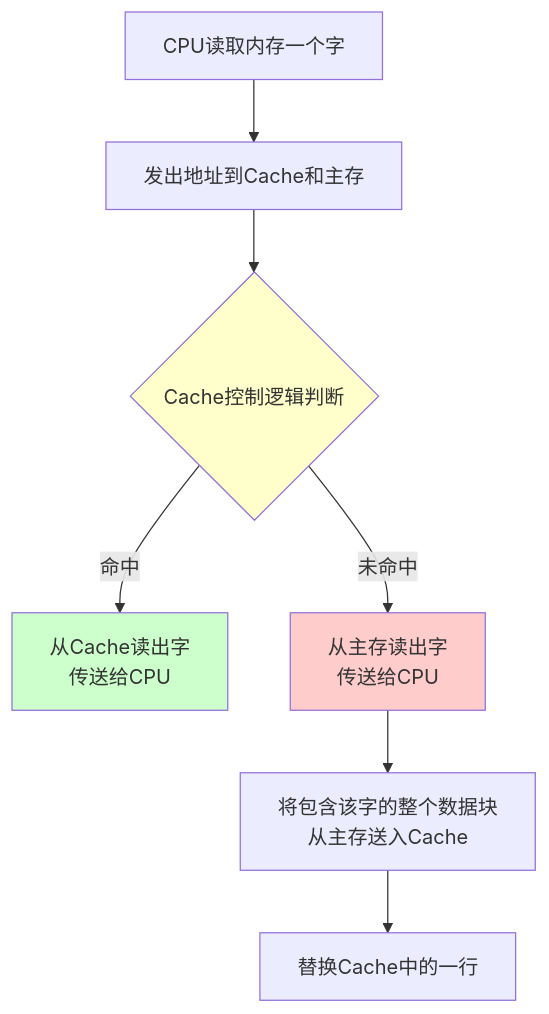
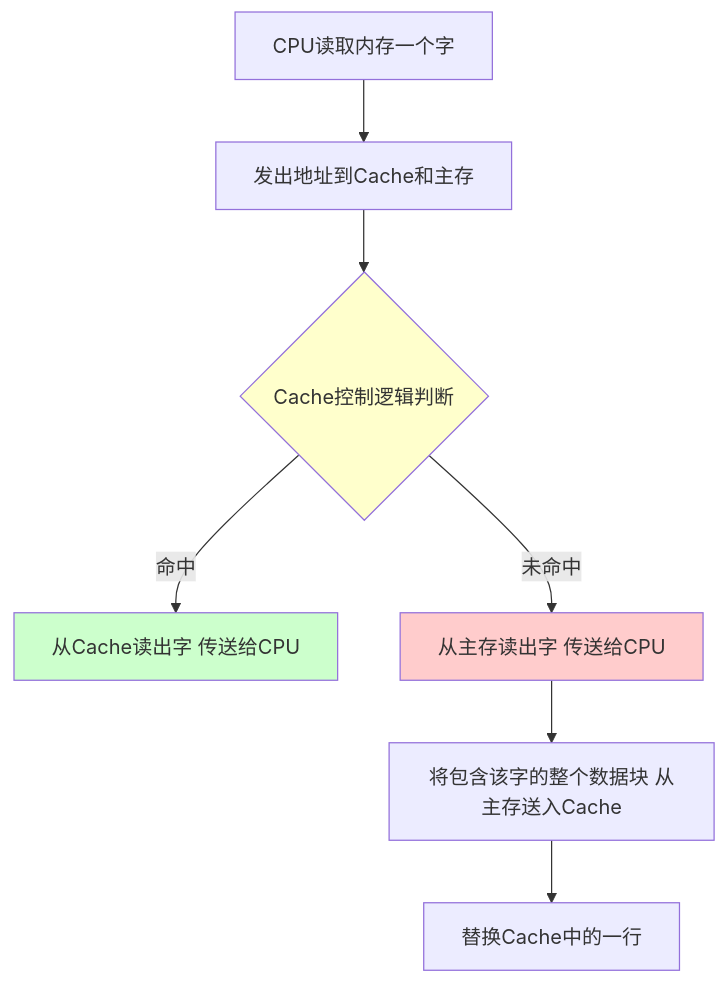
The second of 6 diagrams in 计算机组成原理/notes/章节笔记/第3章-存储系统/第3章-3.6-高速缓冲存储器.md (gilismael826-lgtm/course), drawn with Mermaid before and after one commit. The commit also changed other lines of this file and 28 other files, not shown here.

````diff
--- a/计算机组成原理/notes/章节笔记/第3章-存储系统/第3章-3.6-高速缓冲存储器.md
+++ b/计算机组成原理/notes/章节笔记/第3章-存储系统/第3章-3.6-高速缓冲存储器.md
@@ -65,13 +71,13 @@
 ```mermaid
 flowchart TD
     A[CPU读取内存一个字] --> B[发出地址到Cache和主存]
     B --> C{Cache控制逻辑判断}
-    C -->|命中| D[从Cache读出字<br/>传送给CPU]
-    C -->|未命中| E[从主存读出字<br/>传送给CPU]
-    E --> F[将包含该字的整个数据块<br/>从主存送入Cache]
+    C -->|命中| D[从Cache读出字 传送给CPU]
+    C -->|未命中| E[从主存读出字 传送给CPU]
+    E --> F[将包含该字的整个数据块 从主存送入Cache]
     F --> G[替换Cache中的一行]
     
     style C fill:#ffffcc
     style D fill:#ccffcc
     style E fill:#ffcccc
 ```
````
